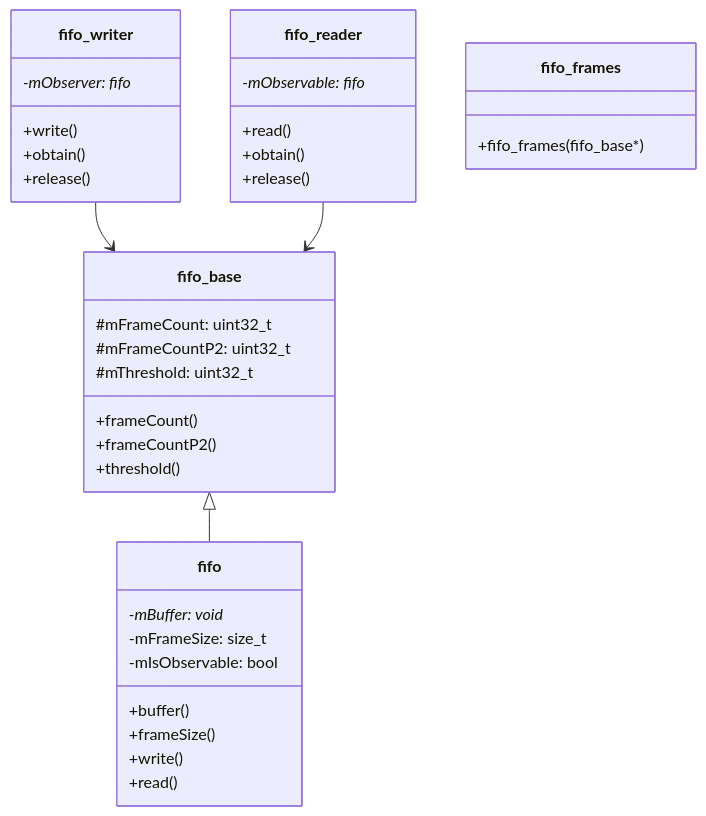
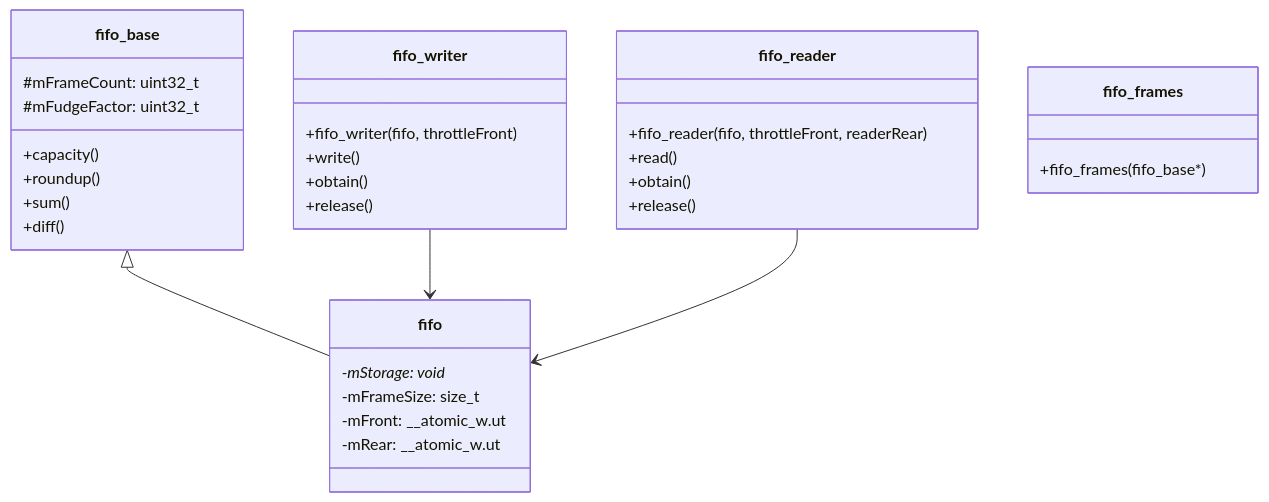
The fourth of 7 diagrams in 04_Native_Framework_Layer/04_4.6_audio_utils核心工具类.md (yanglinzhen1022/SA8295_AAOS_QNX_Audio_KnowledgeBase), drawn with Mermaid before and after one commit. The commit also changed other lines of this file and 5 other files, not shown here.

````diff
--- a/04_Native_Framework_Layer/04_4.6_audio_utils核心工具类.md
+++ b/04_Native_Framework_Layer/04_4.6_audio_utils核心工具类.md
@@ -213,43 +189,40 @@
 ```mermaid
 classDiagram
     class fifo_base {
         #mFrameCount: uint32_t
-        #mFrameCountP2: uint32_t
-        #mThreshold: uint32_t
-        +frameCount()
-        +frameCountP2()
-        +threshold()
+        #mFudgeFactor: uint32_t
+        +capacity()
+        +roundup()
+        +sum()
+        +diff()
     }
 
     class fifo {
-        -mBuffer: void*
+        -mStorage: void*
         -mFrameSize: size_t
-        -mIsObservable: bool
-        +buffer()
-        +frameSize()
-        +write()
-        +read()
+        -mFront: __atomic_w.ut
+        -mRear: __atomic_w.ut
     }
 
     class fifo_writer {
-        -mObserver: fifo*
+        +fifo_writer(fifo, throttleFront)
         +write()
         +obtain()
         +release()
     }
 
     class fifo_reader {
-        -mObservable: fifo*
+        +fifo_reader(fifo, throttleFront, readerRear)
         +read()
         +obtain()
         +release()
     }
 
     class fifo_frames {
         +fifo_frames(fifo_base*)
     }
 
     fifo_base <|-- fifo
-    fifo_writer --> fifo_base
-    fifo_reader --> fifo_base
+    fifo_writer --> fifo
+    fifo_reader --> fifo
 ```
````
